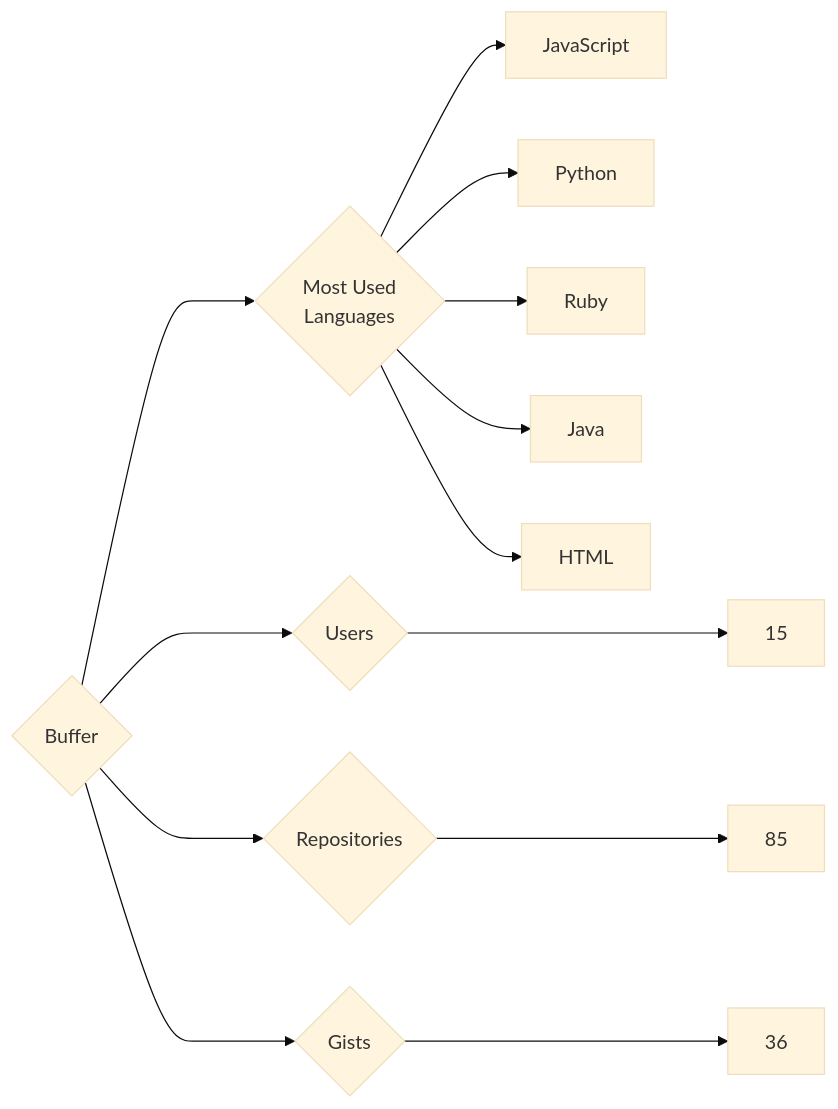
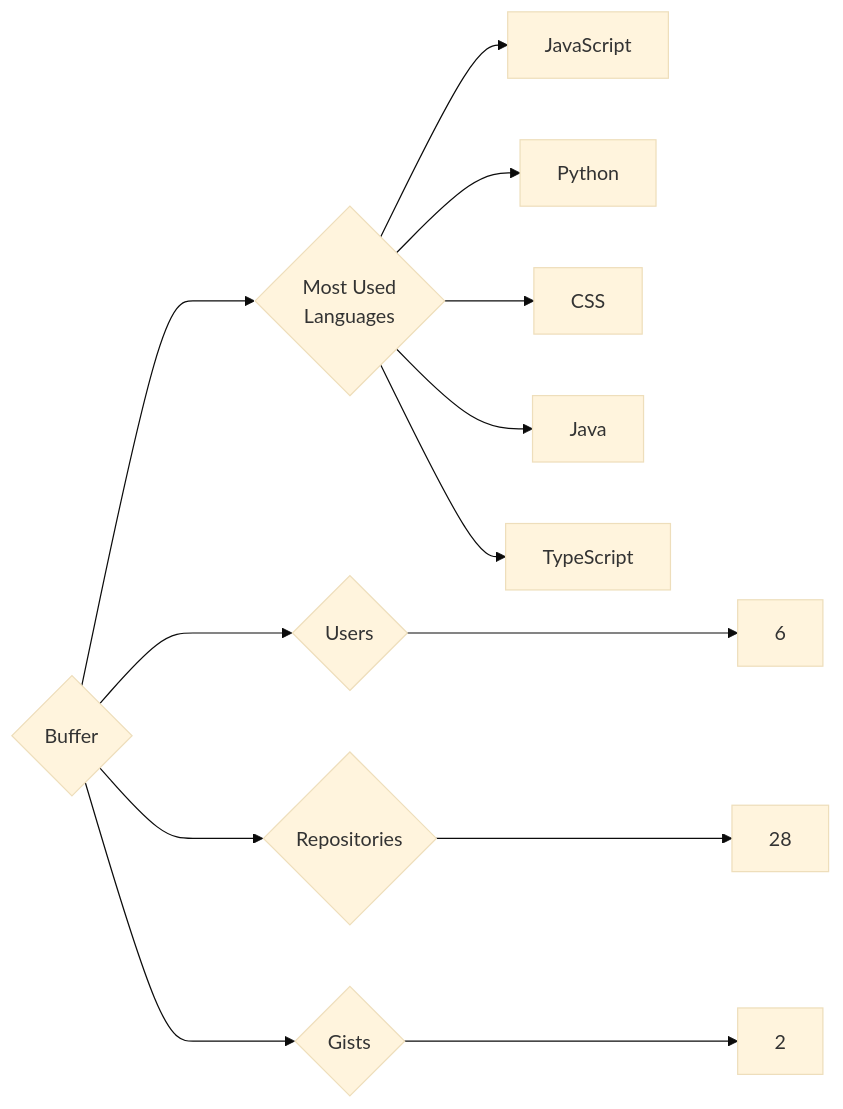
Before and after one commit to trickest/insiders: the diagram in targets/Buffer/README.md, drawn with Mermaid (base theme). The commit also changed 1088 other files, not shown here.

````diff
--- a/targets/Buffer/README.md
+++ b/targets/Buffer/README.md
@@ -3,13 +3,13 @@
 ```mermaid
 graph LR
 COMPANY_NAME{Buffer}
-COMPANY_NAME ---> U{Users} ---> UN[15]
-COMPANY_NAME ---> R{Repositories} ---> RN[85]
-COMPANY_NAME ---> G{Gists} ---> GN[36]
+COMPANY_NAME ---> U{Users} ---> UN[6]
+COMPANY_NAME ---> R{Repositories} ---> RN[28]
+COMPANY_NAME ---> G{Gists} ---> GN[2]
 COMPANY_NAME ---> ML{Most Used<br>Languages}
 ML --> JavaScript[JavaScript]
 ML --> Python[Python]
-ML --> Ruby[Ruby]
+ML --> CSS[CSS]
 ML --> Java[Java]
-ML --> HTML[HTML]
+ML --> TypeScript[TypeScript]
 ```
````
